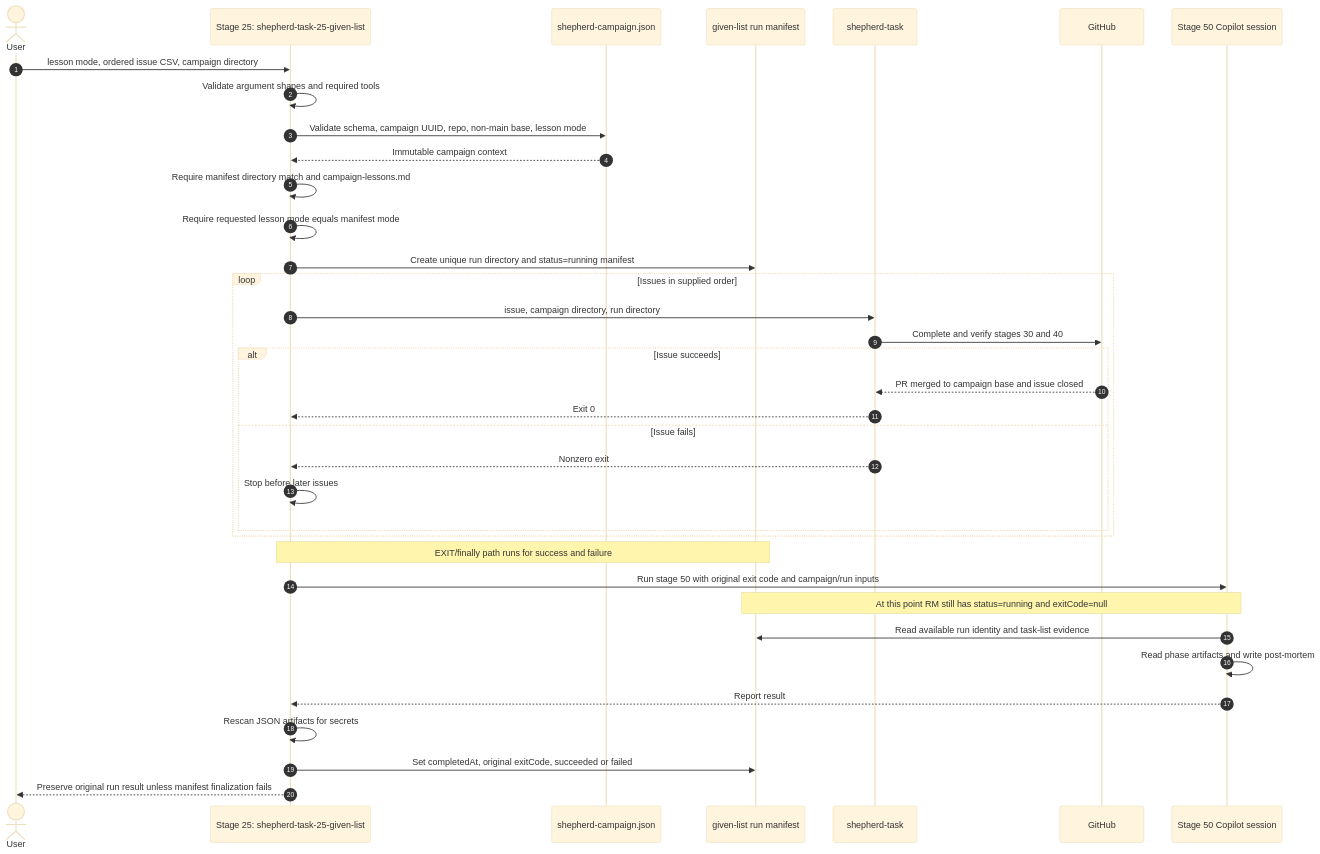
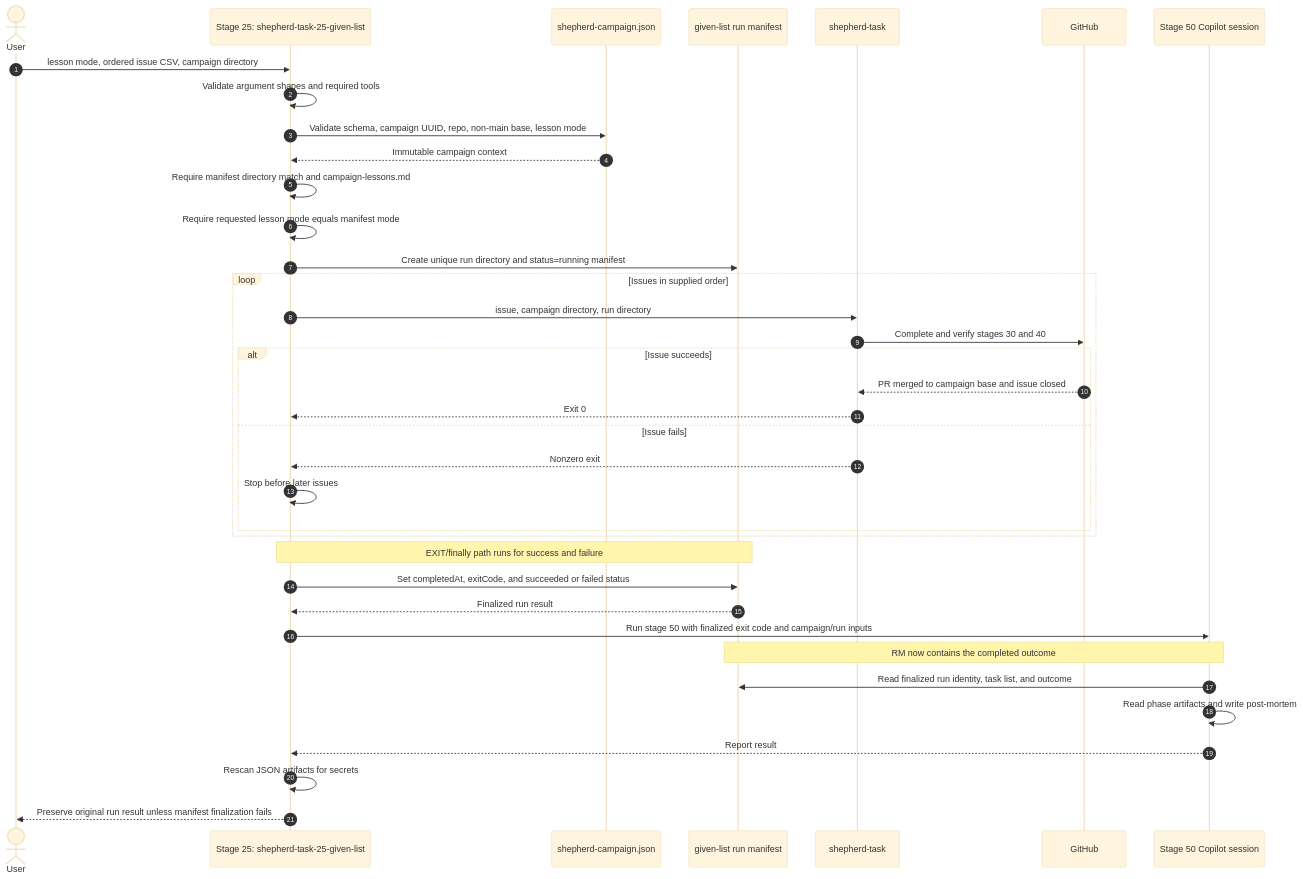
Before and after one commit to github/awesome-copilot: the diagram in plugins/shepherd-task/figure-01-shepherd-task-25-given-list.md, drawn with Mermaid (base theme). The commit also changed other lines of this file and 1 other file, not shown here.

Commit message:
Correct shepherd orchestration diagrams
Document Stage 30 resume behavior for existing pull requests and show Stage 25 manifest finalization before Stage 50 post-mortem generation.

Copilot-Session: ee3b3d65-a828-4ded-a757-e5f978303649

````diff
--- a/plugins/shepherd-task/figure-01-shepherd-task-25-given-list.md
+++ b/plugins/shepherd-task/figure-01-shepherd-task-25-given-list.md
@@ -7,41 +8,42 @@
 ```mermaid
 sequenceDiagram
     autonumber
     actor User
     participant GL as Stage 25: shepherd-task-25-given-list
     participant CM as shepherd-campaign.json
     participant RM as given-list run manifest
     participant ST as shepherd-task
     participant GH as GitHub
     participant PM as Stage 50 Copilot session
 
     User->>GL: lesson mode, ordered issue CSV, campaign directory
     GL->>GL: Validate argument shapes and required tools
     GL->>CM: Validate schema, campaign UUID, repo, non-main base, lesson mode
     CM-->>GL: Immutable campaign context
     GL->>GL: Require manifest directory match and campaign-lessons.md
     GL->>GL: Require requested lesson mode equals manifest mode
     GL->>RM: Create unique run directory and status=running manifest
 
     loop Issues in supplied order
         GL->>ST: issue, campaign directory, run directory
         ST->>GH: Complete and verify stages 30 and 40
         alt Issue succeeds
             GH-->>ST: PR merged to campaign base and issue closed
             ST-->>GL: Exit 0
         else Issue fails
             ST-->>GL: Nonzero exit
             GL->>GL: Stop before later issues
         end
     end
 
     Note over GL,RM: EXIT/finally path runs for success and failure
-    GL->>PM: Run stage 50 with original exit code and campaign/run inputs
-    Note over PM,RM: At this point RM still has status=running and exitCode=null
-    PM->>RM: Read available run identity and task-list evidence
+    GL->>RM: Set completedAt, exitCode, and succeeded or failed status
+    RM-->>GL: Finalized run result
+    GL->>PM: Run stage 50 with finalized exit code and campaign/run inputs
+    Note over PM,RM: RM now contains the completed outcome
+    PM->>RM: Read finalized run identity, task list, and outcome
     PM->>PM: Read phase artifacts and write post-mortem
     PM-->>GL: Report result
     GL->>GL: Rescan JSON artifacts for secrets
-    GL->>RM: Set completedAt, original exitCode, succeeded or failed
     GL-->>User: Preserve original run result unless manifest finalization fails
 ```
````
